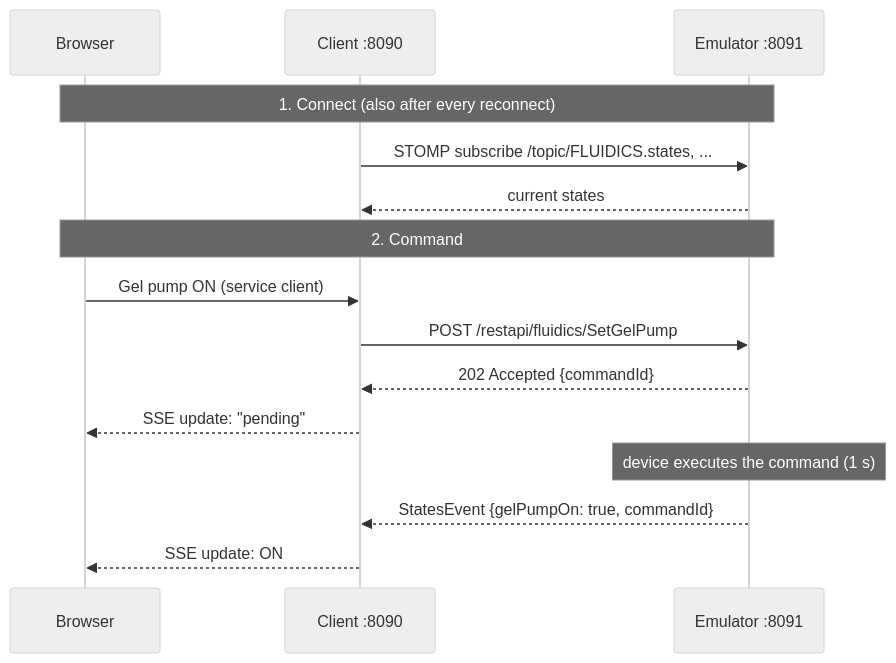
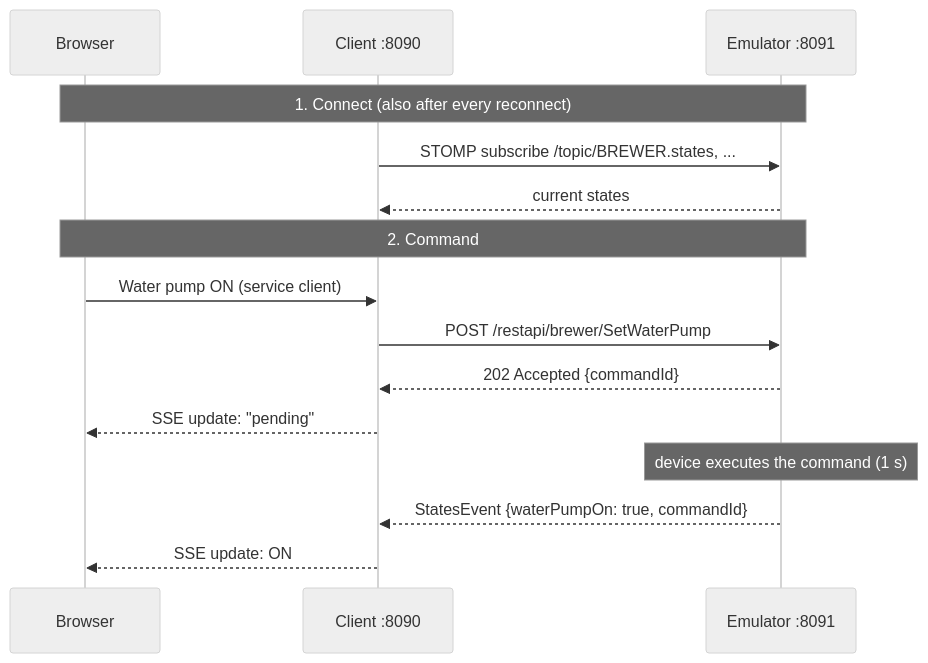
Before and after one commit to chrisme86/mplex-demo-app: the diagram in Readme.md, drawn with Mermaid (neutral theme). The commit also changed other lines of this file and 37 other files, not shown here.

````diff
--- a/Readme.md
+++ b/Readme.md
@@ -21,17 +23,17 @@
 ```mermaid
 sequenceDiagram
     participant B as Browser
     participant C as Client :8090
     participant E as Emulator :8091
     Note over B, E: 1. Connect (also after every reconnect)
-    C ->> E: STOMP subscribe /topic/FLUIDICS.states, ...
+    C ->> E: STOMP subscribe /topic/BREWER.states, ...
     E -->> C: current states
     Note over B, E: 2. Command
-    B ->> C: Gel pump ON (service client)
-    C ->> E: POST /restapi/fluidics/SetGelPump
+    B ->> C: Water pump ON (service client)
+    C ->> E: POST /restapi/brewer/SetWaterPump
     E -->> C: 202 Accepted {commandId}
     C -->> B: SSE update: "pending"
     Note over E: device executes the command (1 s)
-    E -->> C: StatesEvent {gelPumpOn: true, commandId}
+    E -->> C: StatesEvent {waterPumpOn: true, commandId}
     C -->> B: SSE update: ON
 ```
````
